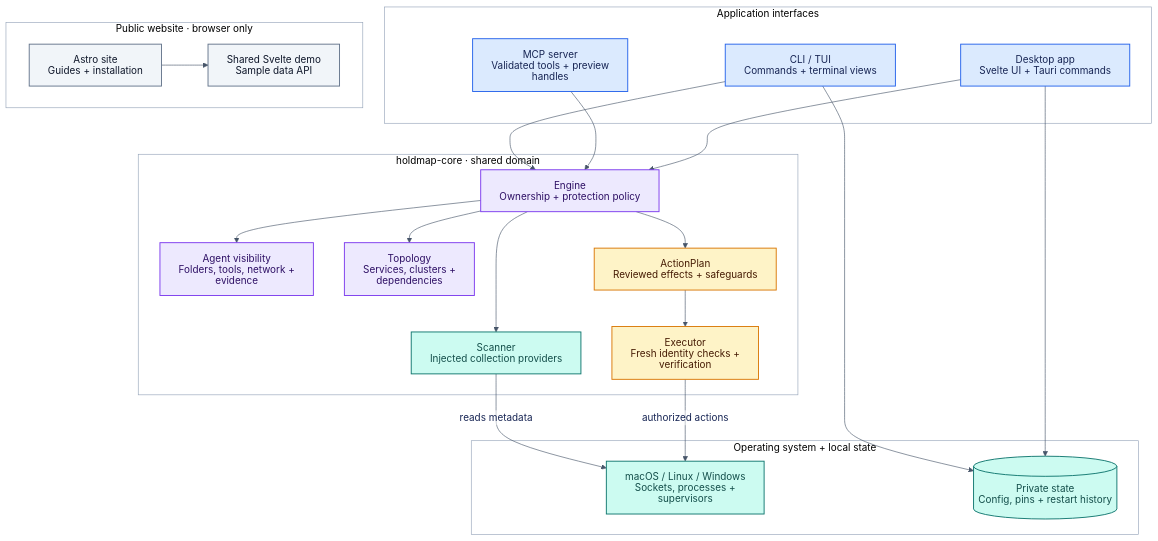
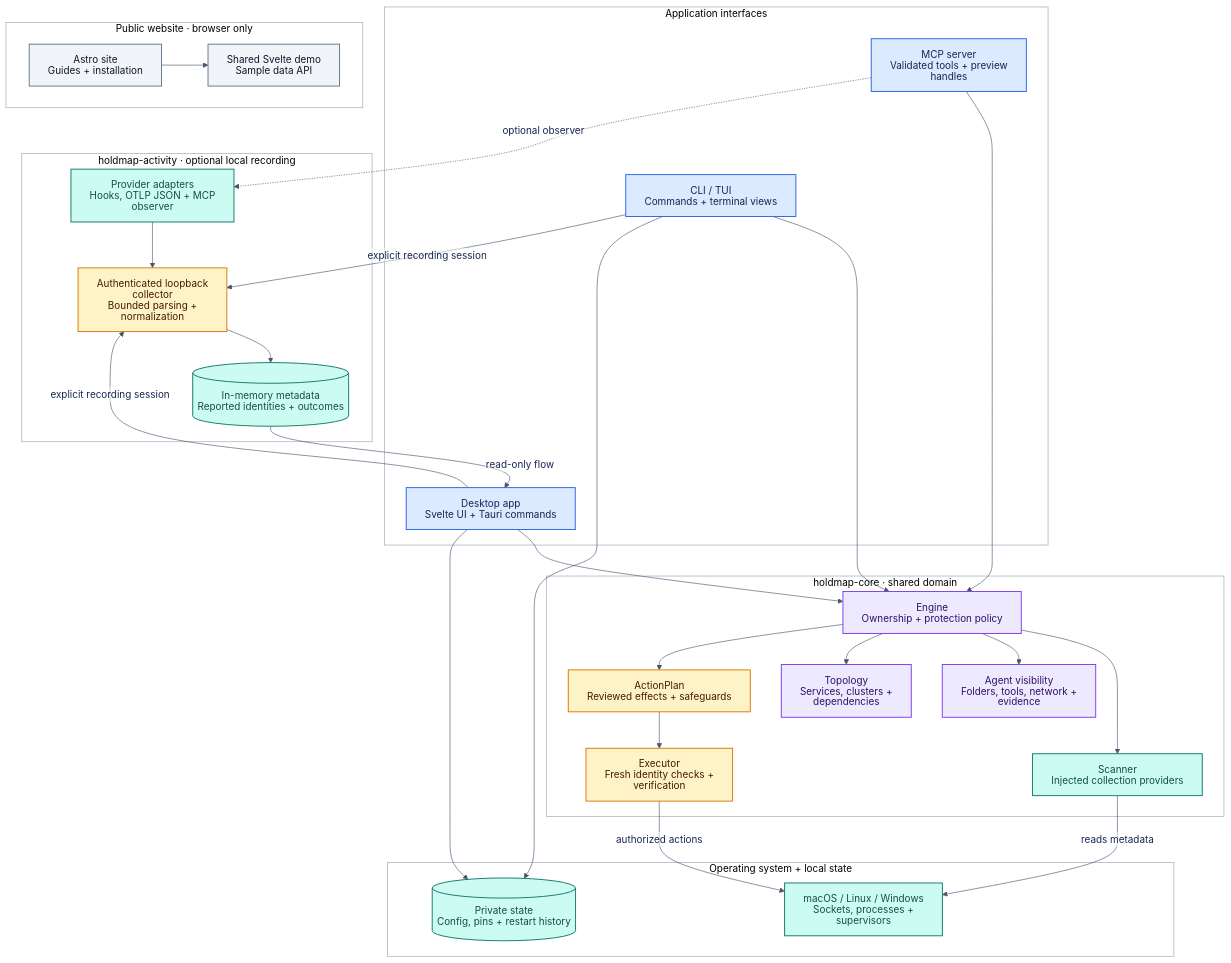
Before and after one commit to santoshshinde2012/holdmap: the diagram in README.md, drawn with Mermaid. The commit also changed other lines of this file and 137 other files, not shown here.

````diff
--- a/README.md
+++ b/README.md
@@ -358,6 +441,13 @@
     PLAN --> EXEC
   end
 
+  subgraph RECORDING["holdmap-activity · optional local recording"]
+    INPUT["Provider adapters<br/>Hooks, OTLP JSON + MCP observer"]
+    COLLECTOR["Authenticated loopback collector<br/>Bounded parsing + normalization"]
+    ACTIVITY[("In-memory metadata<br/>Reported identities + outcomes")]
+    INPUT --> COLLECTOR --> ACTIVITY
+  end
+
   subgraph LOCAL["Operating system + local state"]
     OS["macOS / Linux / Windows<br/>Sockets, processes + supervisors"]
     STORE[("Private state<br/>Config, pins + restart history")]
@@ -373,9 +463,13 @@
   SCAN -->|reads metadata| OS
   EXEC -->|authorized actions| OS
   CLI & DESKTOP --> STORE
+  CLI & DESKTOP -->|explicit recording session| COLLECTOR
+  MCP -.->|optional observer| INPUT
+  ACTIVITY -->|read-only flow| DESKTOP
 
   style CLIENTS fill:#ffffff,stroke:#94A3B8,stroke-width:1px
   style CORE fill:#ffffff,stroke:#94A3B8,stroke-width:1px
+  style RECORDING fill:#ffffff,stroke:#94A3B8,stroke-width:1px
   style LOCAL fill:#ffffff,stroke:#94A3B8,stroke-width:1px
   style PUBLIC fill:#ffffff,stroke:#94A3B8,stroke-width:1px
 
@@ -387,6 +481,7 @@
   class CLI,MCP,DESKTOP surface
   class ENGINE,AGENTS,GRAPH domain
   class PLAN,EXEC safety
-  class SCAN,OS,STORE data
+  class SCAN,OS,STORE,INPUT,ACTIVITY data
+  class COLLECTOR safety
   class SITE,DEMO web
 ```
````
